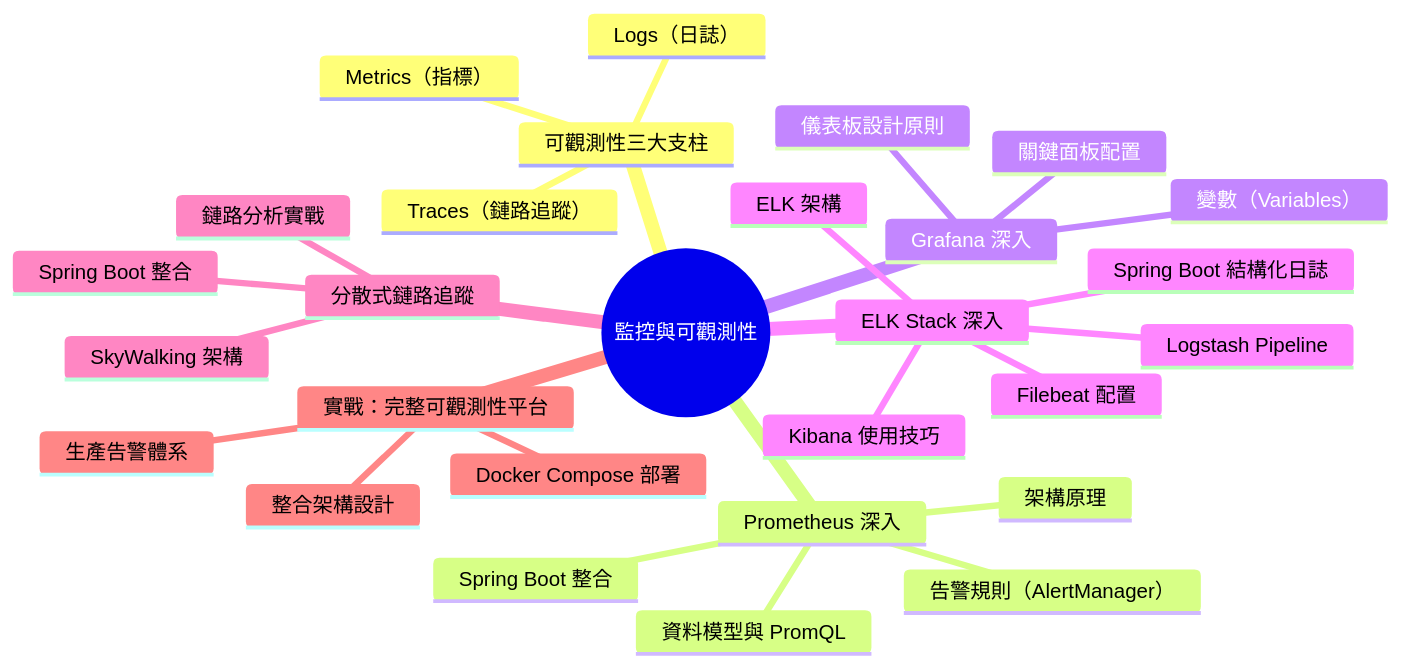
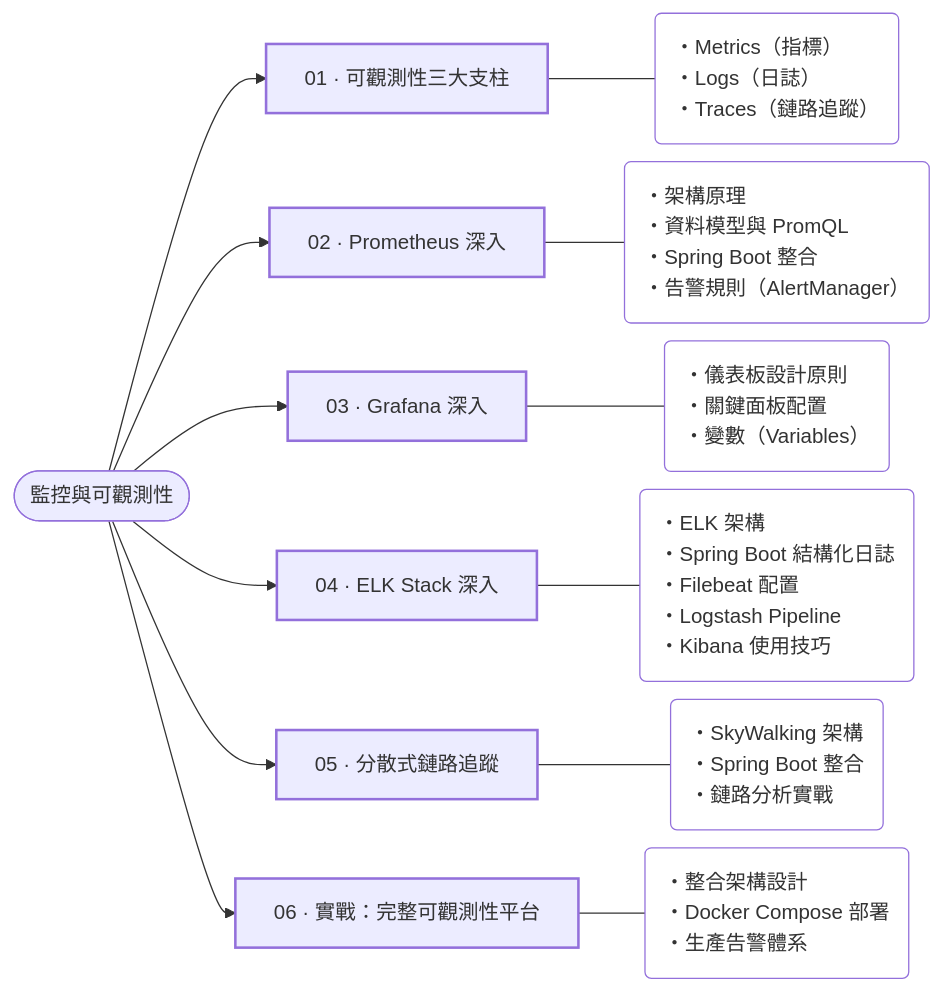
One commit to AnthonyFuFu/StudyNotes changed the diagram in docs/engineering/monitoring/index.md. Above: the diagram before and after it, drawn with Mermaid. The commit also changed 43 other files, not shown here.

````diff
--- a/docs/engineering/monitoring/index.md
+++ b/docs/engineering/monitoring/index.md
@@ -13,31 +13,33 @@
 ``` mermaid
-mindmap
-  root((監控與可觀測性))
-    可觀測性三大支柱
-      Metrics（指標）
-      Logs（日誌）
-      Traces（鏈路追蹤）
-    Prometheus 深入
-      架構原理
-      資料模型與 PromQL
-      Spring Boot 整合
-      告警規則（AlertManager）
-    Grafana 深入
-      儀表板設計原則
-      關鍵面板配置
-      變數（Variables）
-    ELK Stack 深入
-      ELK 架構
-      Spring Boot 結構化日誌
-      Filebeat 配置
-      Logstash Pipeline
-      Kibana 使用技巧
-    分散式鏈路追蹤
-      SkyWalking 架構
-      Spring Boot 整合
-      鏈路分析實戰
-    實戰：完整可觀測性平台
-      整合架構設計
-      Docker Compose 部署
-      生產告警體系
+%%{init: {"flowchart": {"nodeSpacing": 14, "rankSpacing": 36, "wrappingWidth": 420}}}%%
+flowchart LR
+    R(["監控與可觀測性"])
+    c0["01 · 可觀測性三大支柱"]
+    R --> c0
+    p0("・Metrics（指標）<br>・Logs（日誌）<br>・Traces（鏈路追蹤）")
+    c0 --- p0
+    c1["02 · Prometheus 深入"]
+    R --> c1
+    p1("・架構原理<br>・資料模型與 PromQL<br>・Spring Boot 整合<br>・告警規則（AlertManager）")
+    c1 --- p1
+    c2["03 · Grafana 深入"]
+    R --> c2
+    p2("・儀表板設計原則<br>・關鍵面板配置<br>・變數（Variables）")
+    c2 --- p2
+    c3["04 · ELK Stack 深入"]
+    R --> c3
+    p3("・ELK 架構<br>・Spring Boot 結構化日誌<br>・Filebeat 配置<br>・Logstash Pipeline<br>・Kibana 使用技巧")
+    c3 --- p3
+    c4["05 · 分散式鏈路追蹤"]
+    R --> c4
+    p4("・SkyWalking 架構<br>・Spring Boot 整合<br>・鏈路分析實戰")
+    c4 --- p4
+    c5["06 · 實戰：完整可觀測性平台"]
+    R --> c5
+    p5("・整合架構設計<br>・Docker Compose 部署<br>・生產告警體系")
+    c5 --- p5
+    classDef chapter stroke-width:2px
+    classDef points fill:transparent,text-align:left
+    class c0,c1,c2,c3,c4,c5 chapter
+    class p0,p1,p2,p3,p4,p5 points
 ```
````
